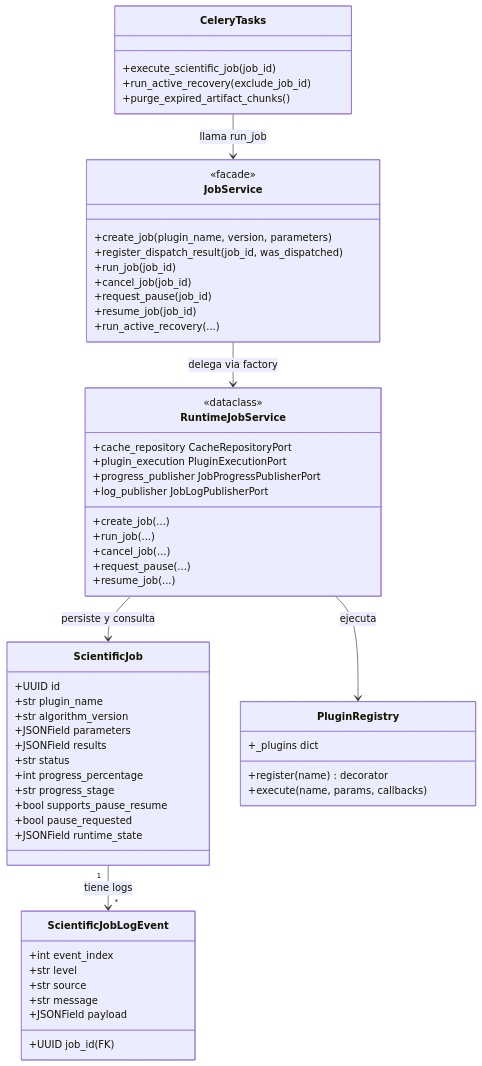
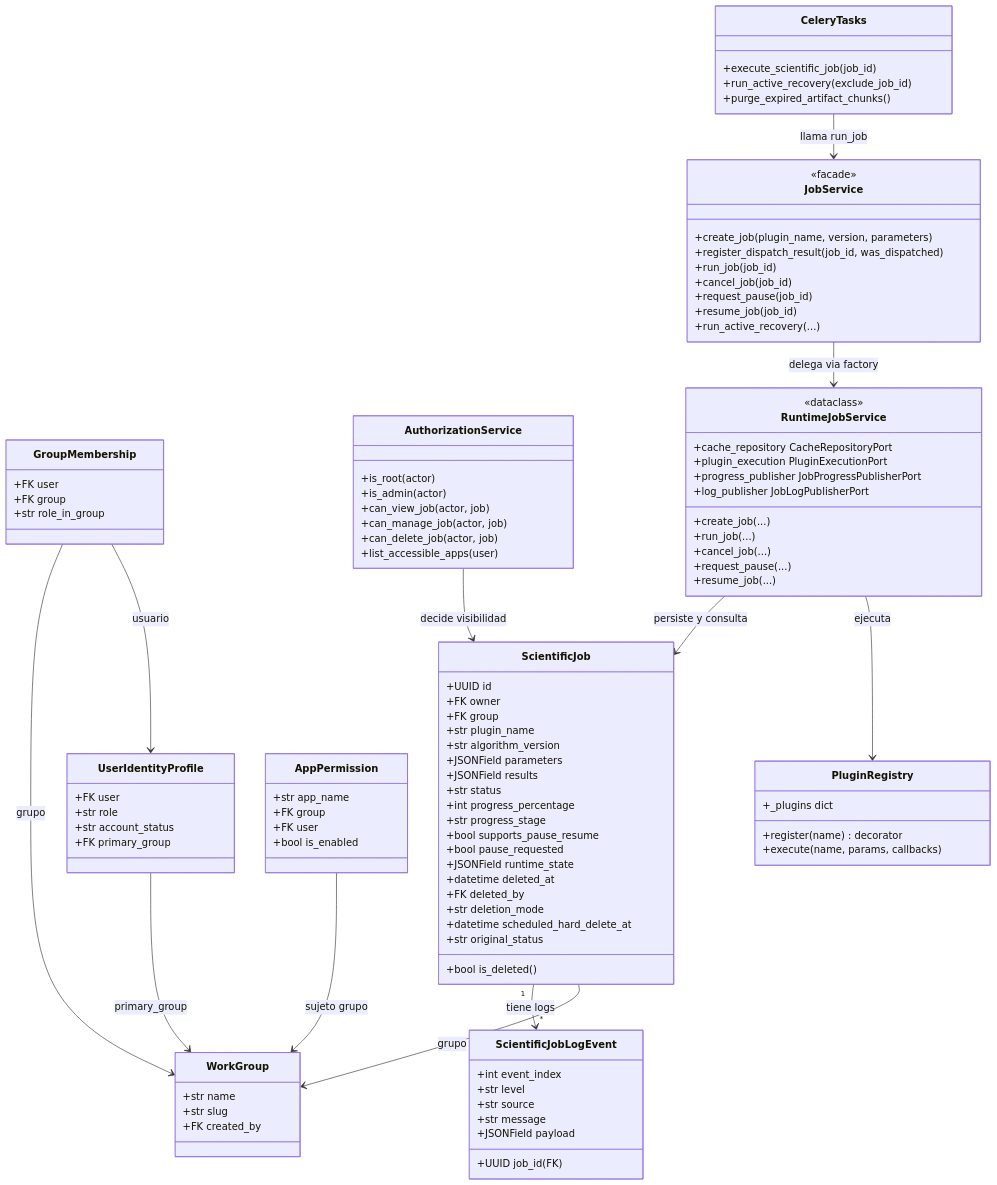
The third of 6 diagrams in README.md (chem-gl/chemistry-apps), drawn with Mermaid before and after one commit. The commit also changed other lines of this file and 159 other files, not shown here.

````diff
--- a/README.md
+++ b/README.md
@@ -242,6 +284,8 @@
 classDiagram
   class ScientificJob {
     +UUID id
+    +FK owner
+    +FK group
     +str plugin_name
     +str algorithm_version
     +JSONField parameters
@@ -252,6 +296,47 @@
     +bool supports_pause_resume
     +bool pause_requested
     +JSONField runtime_state
+    +datetime deleted_at
+    +FK deleted_by
+    +str deletion_mode
+    +datetime scheduled_hard_delete_at
+    +str original_status
+    +bool is_deleted()
+  }
+
+  class WorkGroup {
+    +str name
+    +str slug
+    +FK created_by
+  }
+
+  class UserIdentityProfile {
+    +FK user
+    +str role
+    +str account_status
+    +FK primary_group
+  }
+
+  class GroupMembership {
+    +FK user
+    +FK group
+    +str role_in_group
+  }
+
+  class AppPermission {
+    +str app_name
+    +FK group
+    +FK user
+    +bool is_enabled
+  }
+
+  class AuthorizationService {
+    +is_root(actor)
+    +is_admin(actor)
+    +can_view_job(actor, job)
+    +can_manage_job(actor, job)
+    +can_delete_job(actor, job)
+    +list_accessible_apps(user)
   }
 
   class ScientificJobLogEvent {
@@ -304,4 +389,10 @@
   RuntimeJobService --> PluginRegistry : ejecuta
   CeleryTasks --> JobService : llama run_job
   ScientificJob "1" --> "*" ScientificJobLogEvent : tiene logs
+  ScientificJob --> WorkGroup : grupo
+  UserIdentityProfile --> WorkGroup : primary_group
+  GroupMembership --> WorkGroup : grupo
+  GroupMembership --> UserIdentityProfile : usuario
+  AppPermission --> WorkGroup : sujeto grupo
+  AuthorizationService --> ScientificJob : decide visibilidad
 ```
````
